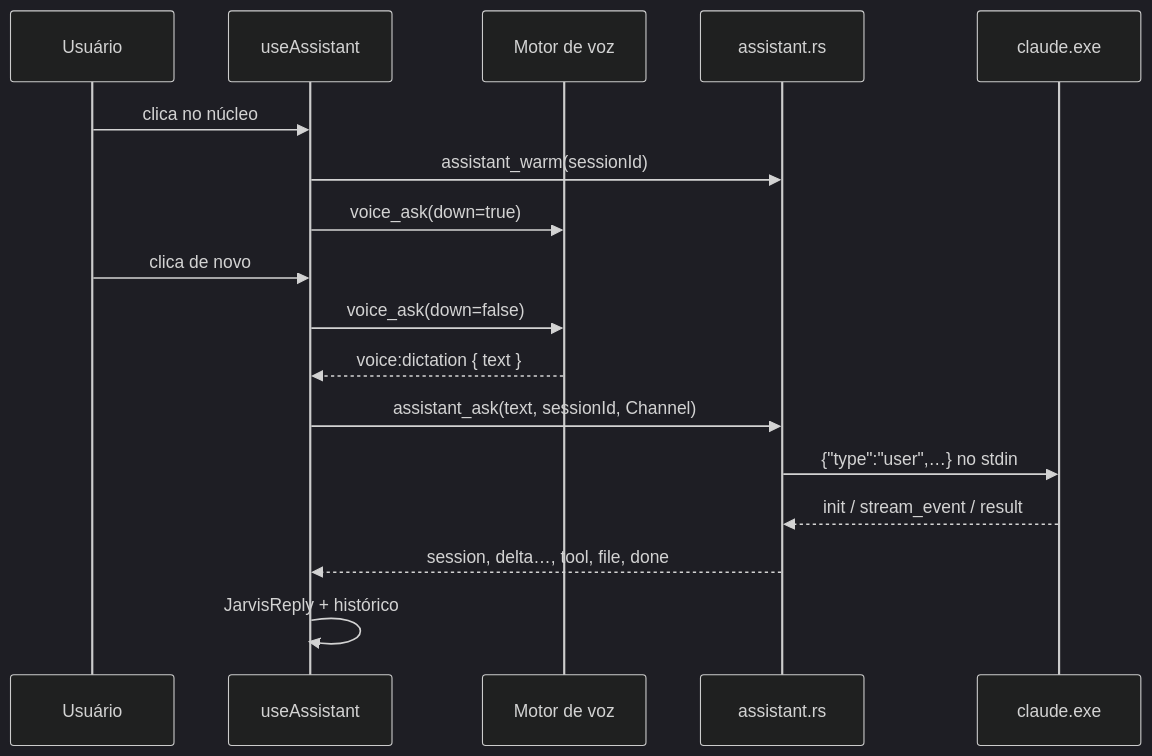
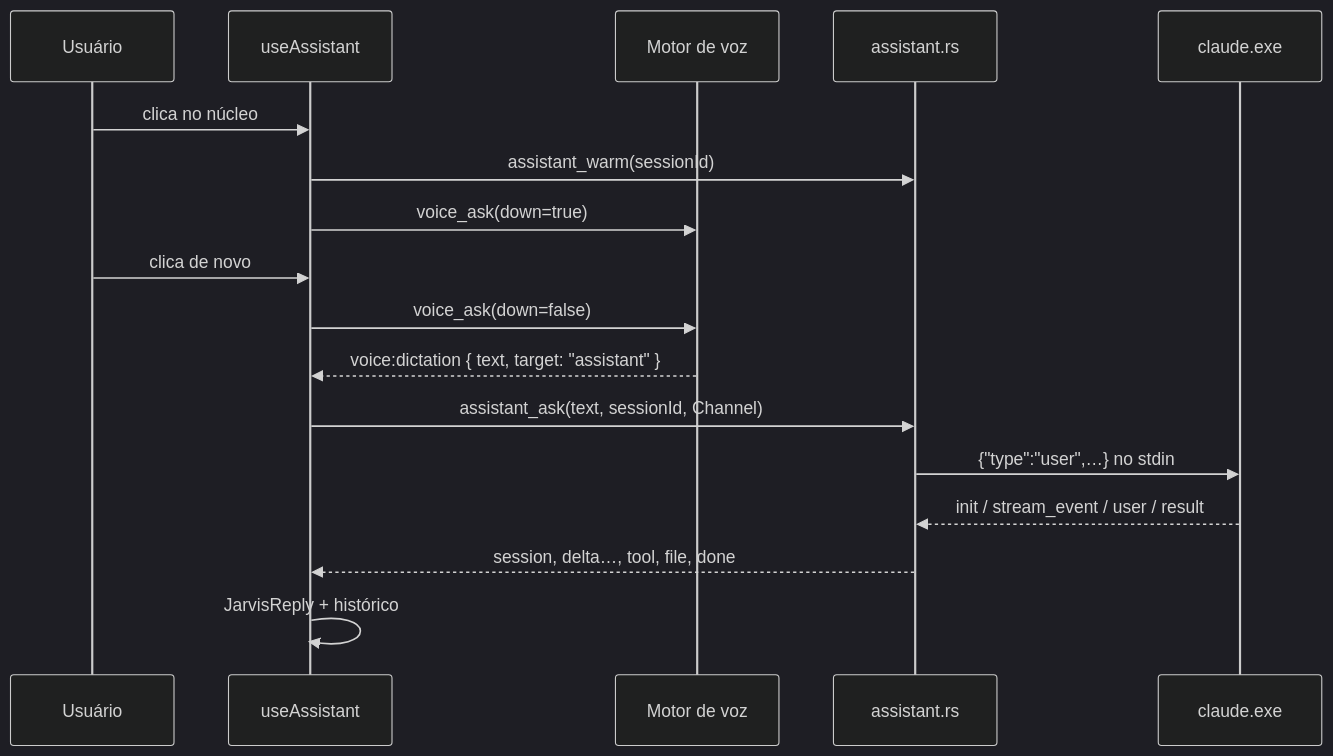
The diagram in .specs/features/assistant/spec.md (felipeAguiarCode/jvOS), drawn with Mermaid (dark theme) before and after one commit. The commit also changed other lines of this file and 90 other files, not shown here.

````diff
--- a/.specs/features/assistant/spec.md
+++ b/.specs/features/assistant/spec.md
@@ -314,19 +463,19 @@
 ```mermaid
 sequenceDiagram
   participant U as Usuário
   participant UI as useAssistant
   participant V as Motor de voz
   participant R as assistant.rs
   participant C as claude.exe
   U->>UI: clica no núcleo
   UI->>R: assistant_warm(sessionId)
   UI->>V: voice_ask(down=true)
   U->>UI: clica de novo
   UI->>V: voice_ask(down=false)
-  V-->>UI: voice:dictation { text }
+  V-->>UI: voice:dictation { text, target: "assistant" }
   UI->>R: assistant_ask(text, sessionId, Channel)
   R->>C: {"type":"user",…} no stdin
-  C-->>R: init / stream_event / result
+  C-->>R: init / stream_event / user / result
   R-->>UI: session, delta…, tool, file, done
   UI->>UI: JarvisReply + histórico
 ```
````
